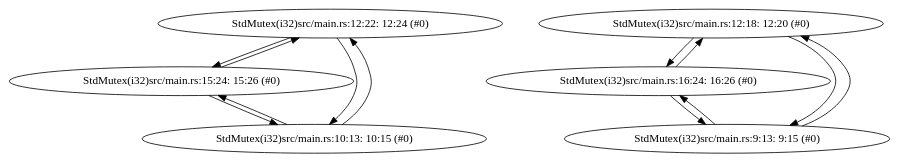
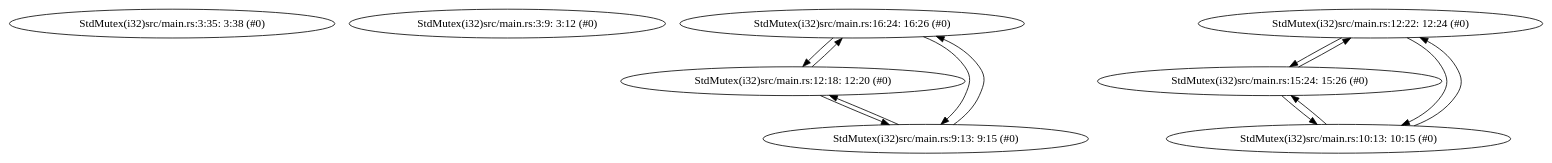
Before and after one commit to kevindadi/RustPTA: the diagram in toys/call-no-deadlock/pts_map.dot, drawn with Graphviz. The commit also changed 6 other files, not shown here.

```diff
--- a/toys/call-no-deadlock/pts_map.dot
+++ b/toys/call-no-deadlock/pts_map.dot
@@ -1,20 +1,22 @@
 digraph {
-    0 [ label = "StdMutex(i32)src/main.rs:12:22: 12:24 (#0)" ]
-    1 [ label = "StdMutex(i32)src/main.rs:15:24: 15:26 (#0)" ]
-    2 [ label = "StdMutex(i32)src/main.rs:12:18: 12:20 (#0)" ]
-    3 [ label = "StdMutex(i32)src/main.rs:16:24: 16:26 (#0)" ]
-    4 [ label = "StdMutex(i32)src/main.rs:10:13: 10:15 (#0)" ]
-    5 [ label = "StdMutex(i32)src/main.rs:9:13: 9:15 (#0)" ]
-    0 -> 1 [ label = "" ]
-    2 -> 3 [ label = "" ]
-    3 -> 2 [ label = "" ]
-    1 -> 0 [ label = "" ]
-    4 -> 1 [ label = "" ]
-    0 -> 4 [ label = "" ]
-    4 -> 0 [ label = "" ]
-    3 -> 5 [ label = "" ]
-    5 -> 3 [ label = "" ]
+    0 [ label = "StdMutex(i32)src/main.rs:3:35: 3:38 (#0)" ]
+    1 [ label = "StdMutex(i32)src/main.rs:3:9: 3:12 (#0)" ]
+    2 [ label = "StdMutex(i32)src/main.rs:16:24: 16:26 (#0)" ]
+    3 [ label = "StdMutex(i32)src/main.rs:12:22: 12:24 (#0)" ]
+    4 [ label = "StdMutex(i32)src/main.rs:15:24: 15:26 (#0)" ]
+    5 [ label = "StdMutex(i32)src/main.rs:12:18: 12:20 (#0)" ]
+    6 [ label = "StdMutex(i32)src/main.rs:10:13: 10:15 (#0)" ]
+    7 [ label = "StdMutex(i32)src/main.rs:9:13: 9:15 (#0)" ]
+    3 -> 4 [ label = "" ]
     5 -> 2 [ label = "" ]
-    1 -> 4 [ label = "" ]
     2 -> 5 [ label = "" ]
+    4 -> 3 [ label = "" ]
+    6 -> 4 [ label = "" ]
+    3 -> 6 [ label = "" ]
+    6 -> 3 [ label = "" ]
+    2 -> 7 [ label = "" ]
+    7 -> 2 [ label = "" ]
+    7 -> 5 [ label = "" ]
+    4 -> 6 [ label = "" ]
+    5 -> 7 [ label = "" ]
 }
```
